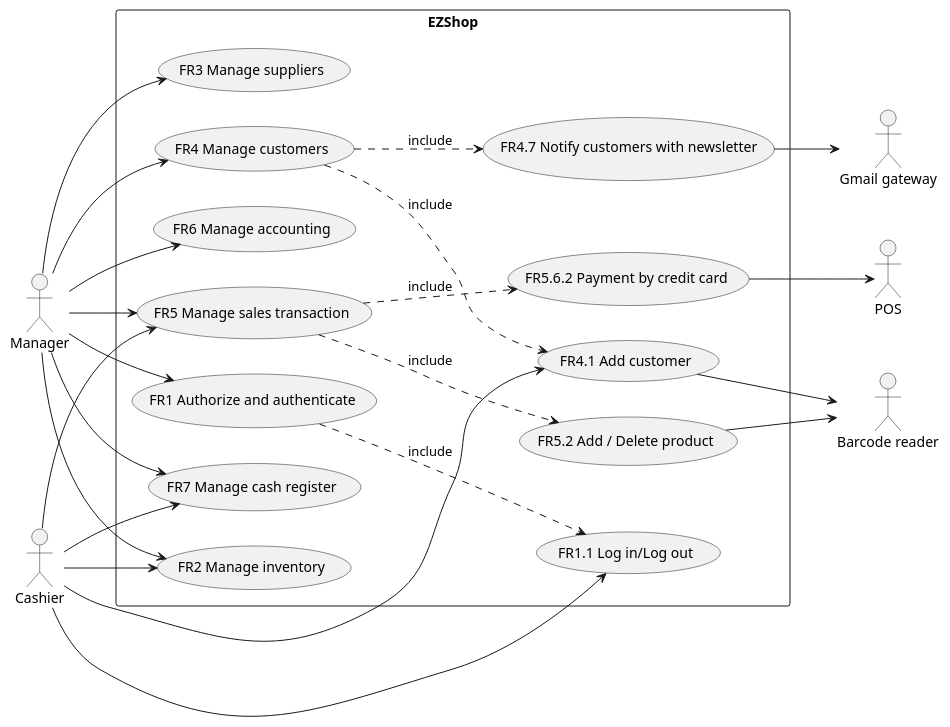
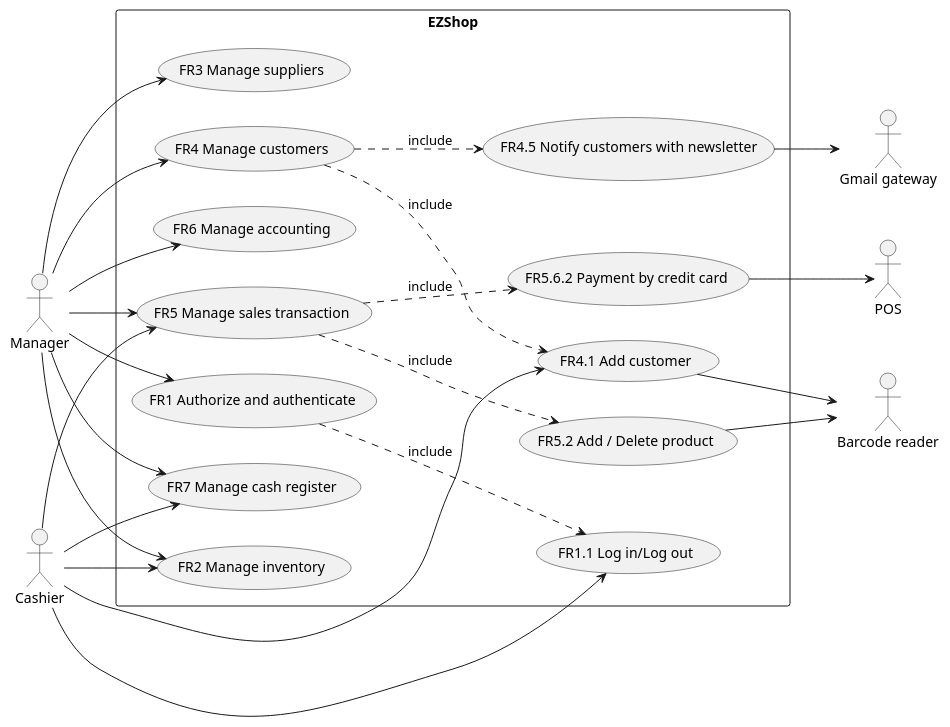
Before and after one commit to giuseppesalvi/ezshop: the second of 5 diagrams in Deliverables/RequirementsDocument.md, drawn with PlantUML. The commit also changed other lines of this file, not shown here.

````diff
--- a/Deliverables/RequirementsDocument.md
+++ b/Deliverables/RequirementsDocument.md
@@ -154,38 +154,38 @@
 ```plantuml
 left to right direction
 
 actor Manager as m
 actor Cashier as c
 actor POS as p
 actor "Barcode reader" as b
 actor "Gmail gateway" as g
 
 rectangle EZShop{
 (FR1 Authorize and authenticate) .down.> (FR1.1 Log in/Log out) :include
 m --> (FR1 Authorize and authenticate)
 (FR1.1 Log in/Log out) <-- c
 
 m --> (FR2 Manage inventory)
 c --> (FR2 Manage inventory)
 m --> (FR3 Manage suppliers)
 
 (FR4 Manage customers) .down.> (FR4.1 Add customer) :include
-(FR4 Manage customers) .down.> (FR4.7 Notify customers with newsletter) :include
+(FR4 Manage customers) .down.> (FR4.5 Notify customers with newsletter) :include
 m --> (FR4 Manage customers)
 (FR4.1 Add customer) <-- c
 (FR4.1 Add customer) --> b
-(FR4.7 Notify customers with newsletter) --> g
+(FR4.5 Notify customers with newsletter) --> g
 
 (FR5 Manage sales transaction) .down.> (FR5.2 Add / Delete product) :include
 (FR5 Manage sales transaction) .down.> (FR5.6.2 Payment by credit card) :include
 m --> (FR5 Manage sales transaction)
 c --> (FR5 Manage sales transaction)
 (FR5.2 Add / Delete product) --> b
 (FR5.6.2 Payment by credit card) --> p
 
 m --> (FR6 Manage accounting)
 
 m --> (FR7 Manage cash register)
 c --> (FR7 Manage cash register)
 }
 ```
````
